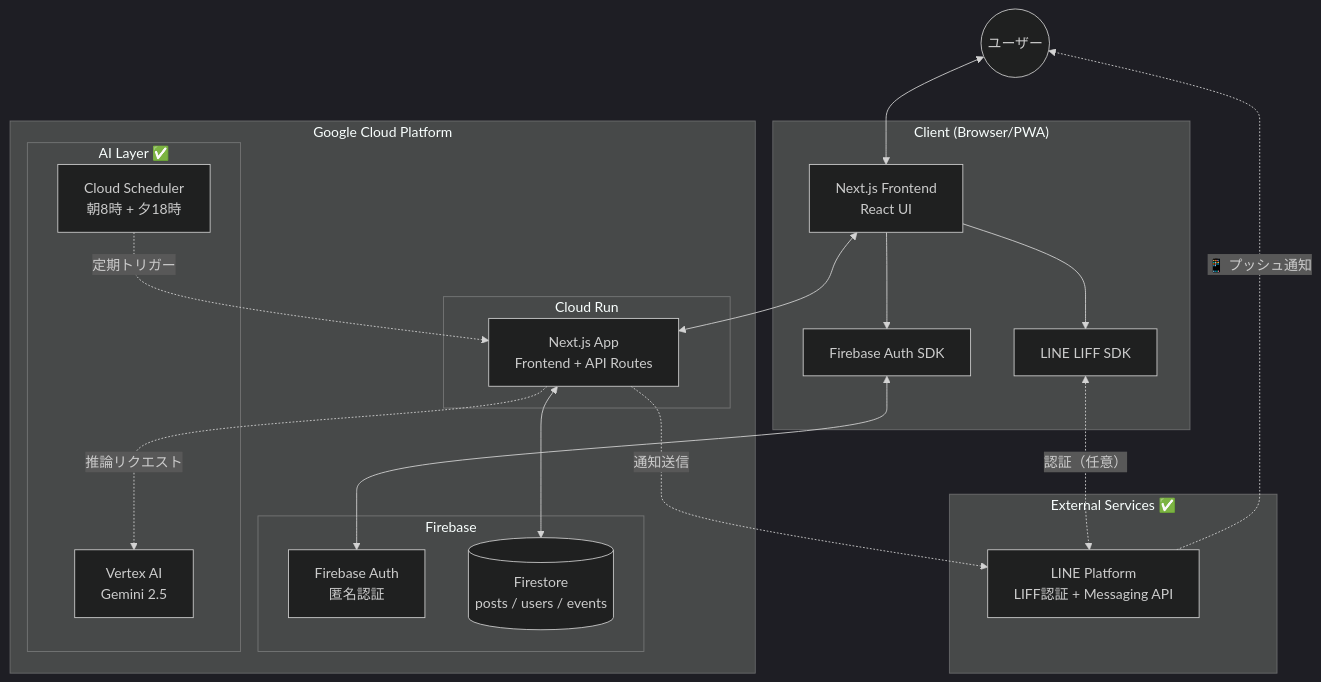
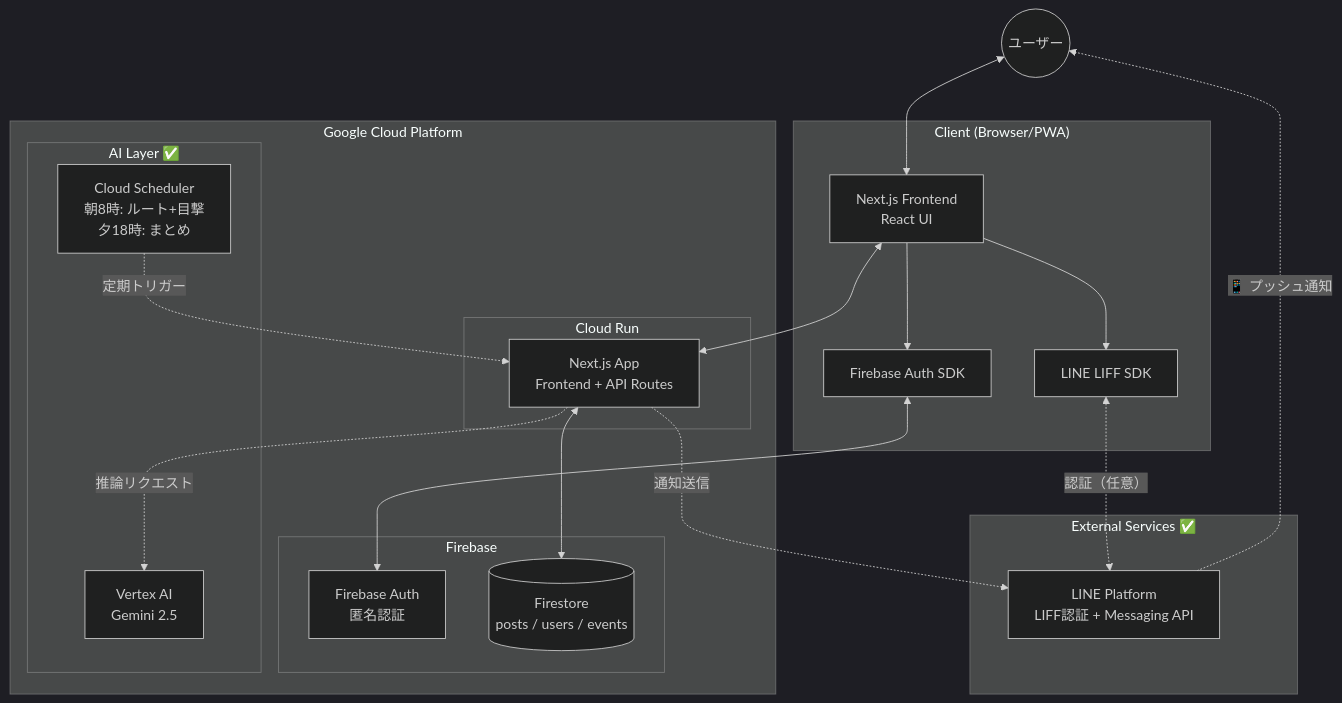
The first of 5 diagrams in README.md (nekoai-lab/tsugi-no-tokimeki), drawn with Mermaid (dark theme) before and after one commit. The commit also changed other lines of this file, not shown here.

````diff
--- a/README.md
+++ b/README.md
@@ -77,42 +82,42 @@
 ```mermaid
 graph TD
     User((ユーザー))
     
     subgraph "Client (Browser/PWA)"
         UI[Next.js Frontend<br/>React UI]
         AuthSDK[Firebase Auth SDK]
         LIFF[LINE LIFF SDK]
     end
     
     subgraph "Google Cloud Platform"
         subgraph "Cloud Run"
             API[Next.js App<br/>Frontend + API Routes]
         end
         
         subgraph "Firebase"
             Auth[Firebase Auth<br/>匿名認証]
             Firestore[(Firestore<br/>posts / users / events)]
         end
         
         subgraph "AI Layer ✅"
             VertexAI[Vertex AI<br/>Gemini 2.5]
-            Scheduler[Cloud Scheduler<br/>朝8時 + 夕18時]
+            Scheduler[Cloud Scheduler<br/>朝8時: ルート+目撃<br/>夕18時: まとめ]
         end
     end
     
     subgraph "External Services ✅"
         LINE[LINE Platform<br/>LIFF認証 + Messaging API]
     end
     
     User <--> UI
     UI --> AuthSDK
     AuthSDK <--> Auth
     UI --> LIFF
     LIFF <-.->|"認証（任意）"| LINE
     UI <--> API
     API <--> Firestore
     Scheduler -.->|"定期トリガー"| API
     API -.->|"推論リクエスト"| VertexAI
     API -.->|"通知送信"| LINE
     LINE -.->|"📱 プッシュ通知"| User
 ```
````
